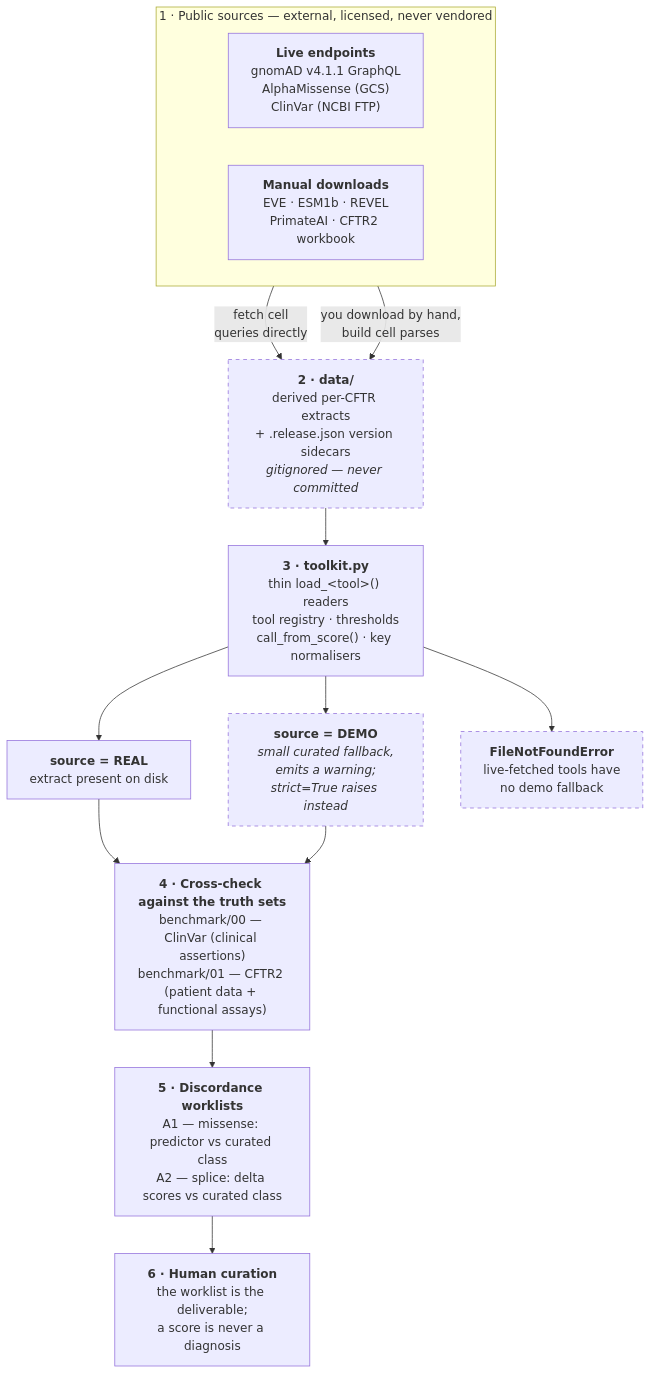
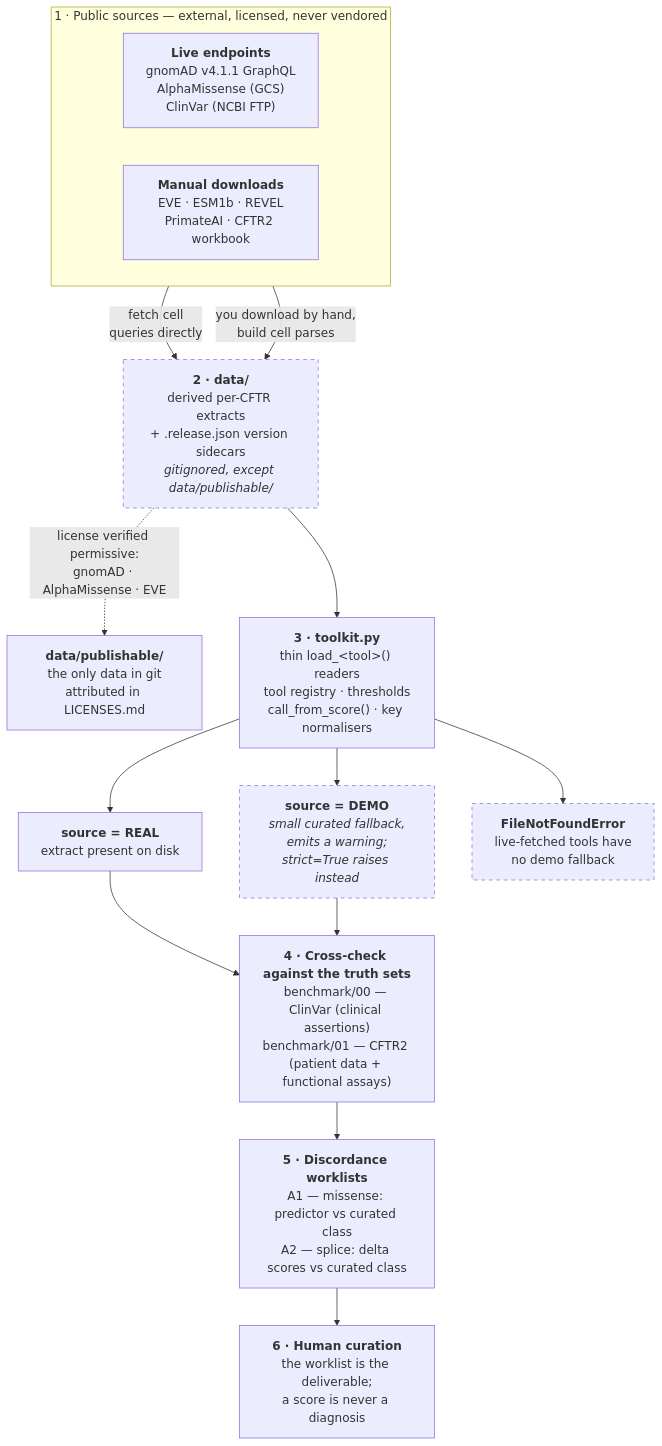
One commit to EvanWu19/cftr-variant-toolkit changed the diagram in docs/architecture.md. Above: the diagram before and after it, drawn with Mermaid. The commit also changed other lines of this file and 5 other files, not shown here.

````diff
--- a/docs/architecture.md
+++ b/docs/architecture.md
@@ -8,32 +8,35 @@
 ```mermaid
 flowchart TB
     subgraph SRC["1 · Public sources — external, licensed, never vendored"]
         direction LR
         S1["<b>Live endpoints</b><br/>gnomAD v4.1.1 GraphQL<br/>AlphaMissense (GCS)<br/>ClinVar (NCBI FTP)"]
         S2["<b>Manual downloads</b><br/>EVE · ESM1b · REVEL<br/>PrimateAI · CFTR2 workbook"]
     end
 
     S1 -->|"fetch cell<br/>queries directly"| D
     S2 -->|"you download by hand,<br/>build cell parses"| D
 
-    D["<b>2 · data/</b><br/>derived per-CFTR extracts<br/>+ .release.json version sidecars<br/><i>gitignored — never committed</i>"]
+    D["<b>2 · data/</b><br/>derived per-CFTR extracts<br/>+ .release.json version sidecars<br/><i>gitignored, except data/publishable/</i>"]
+
+    D -.->|"license verified permissive:<br/>gnomAD · AlphaMissense · EVE"| PUB
+    PUB["<b>data/publishable/</b><br/>the only data in git<br/>attributed in LICENSES.md"]
 
     D --> TK["<b>3 · toolkit.py</b><br/>thin load_&lt;tool&gt;() readers<br/>tool registry · thresholds<br/>call_from_score() · key normalisers"]
 
     TK --> REAL["<b>source = REAL</b><br/>extract present on disk"]
     TK --> DEMO["<b>source = DEMO</b><br/><i>small curated fallback,<br/>emits a warning;<br/>strict=True raises instead</i>"]
     TK --> ERR["<b>FileNotFoundError</b><br/>live-fetched tools have<br/>no demo fallback"]
 
     REAL --> X
     DEMO --> X
 
     X["<b>4 · Cross-check against the truth sets</b><br/>benchmark/00 — ClinVar (clinical assertions)<br/>benchmark/01 — CFTR2 (patient data + functional assays)"]
 
     X --> W["<b>5 · Discordance worklists</b><br/>A1 — missense: predictor vs curated class<br/>A2 — splice: delta scores vs curated class"]
 
     W --> H["<b>6 · Human curation</b><br/>the worklist is the deliverable;<br/>a score is never a diagnosis"]
 
     style D stroke-dasharray: 5 5
     style DEMO stroke-dasharray: 5 5
     style ERR stroke-dasharray: 5 5
 ```
````
